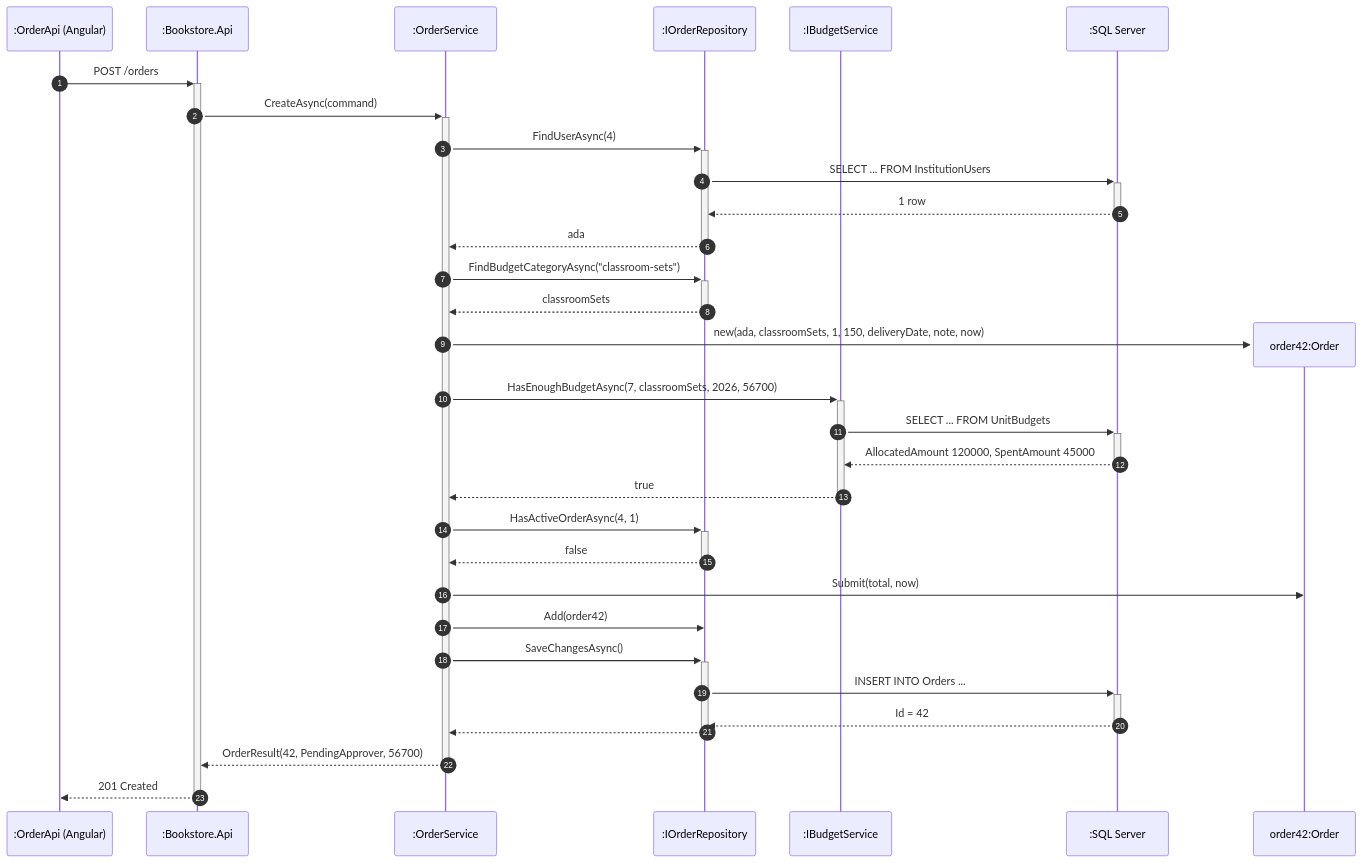
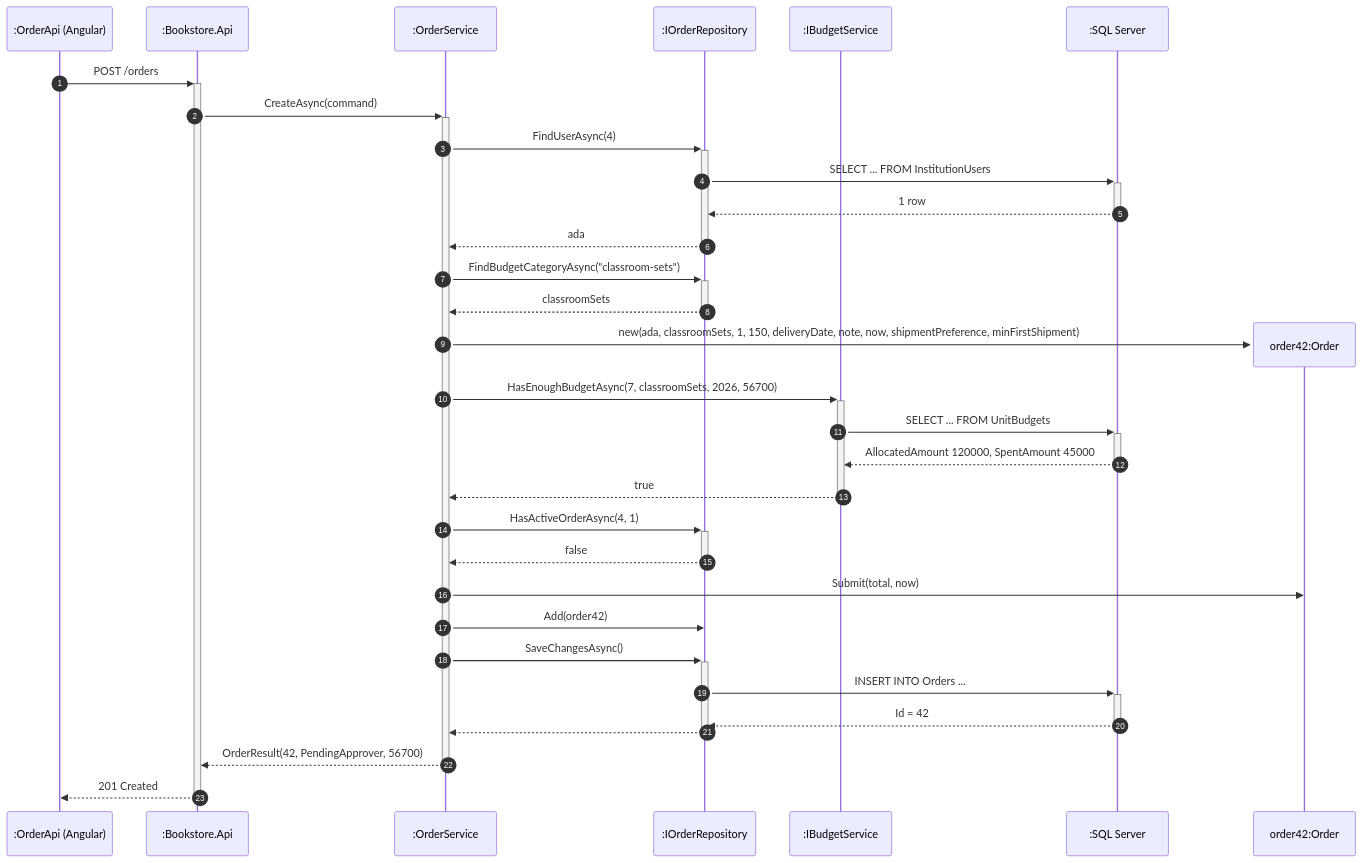
One commit to mrtozn1923/bookstore changed the diagram in docs/diagrams/08-create-order.mmd. Above: the diagram before and after it, drawn with Mermaid. The commit also changed 52 other files, not shown here.

Commit message:
uml-ve-modeling 18: Uçtan Uca Modelleme: Kurumsal Sipariş Modülünü Requirement'tan Çalışan Koda Taşımak

```diff
--- a/docs/diagrams/08-create-order.mmd
+++ b/docs/diagrams/08-create-order.mmd
@@ -1,33 +1,33 @@
 sequenceDiagram
     autonumber
     participant SPA as :OrderApi (Angular)
     participant Api as :Bookstore.Api
     participant Svc as :OrderService
     participant Repo as :IOrderRepository
     participant Bud as :IBudgetService
     participant Db as :SQL Server
 
     SPA->>+Api: POST /orders
     Api->>+Svc: CreateAsync(command)
     Svc->>+Repo: FindUserAsync(4)
     Repo->>+Db: SELECT ... FROM InstitutionUsers
     Db-->>-Repo: 1 row
     Repo-->>-Svc: ada
     Svc->>+Repo: FindBudgetCategoryAsync("classroom-sets")
     Repo-->>-Svc: classroomSets
     create participant Ord as order42:Order
-    Svc->>Ord: new(ada, classroomSets, 1, 150, deliveryDate, note, now)
+    Svc->>Ord: new(ada, classroomSets, 1, 150, deliveryDate, note, now, shipmentPreference, minFirstShipment)
     Svc->>+Bud: HasEnoughBudgetAsync(7, classroomSets, 2026, 56700)
     Bud->>+Db: SELECT ... FROM UnitBudgets
     Db-->>-Bud: AllocatedAmount 120000, SpentAmount 45000
     Bud-->>-Svc: true
     Svc->>+Repo: HasActiveOrderAsync(4, 1)
     Repo-->>-Svc: false
     Svc->>Ord: Submit(total, now)
     Svc->>Repo: Add(order42)
     Svc->>+Repo: SaveChangesAsync()
     Repo->>+Db: INSERT INTO Orders ...
     Db-->>-Repo: Id = 42
     Repo-->>-Svc:
     Svc-->>-Api: OrderResult(42, PendingApprover, 56700)
     Api-->>-SPA: 201 Created
```
